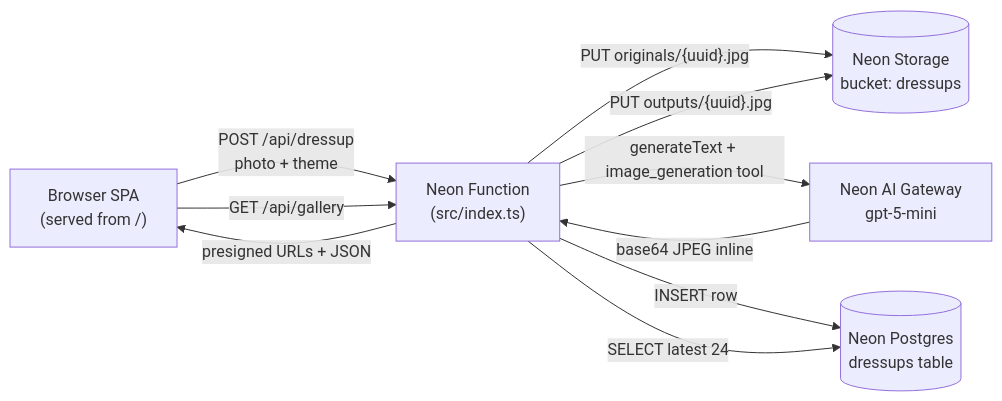
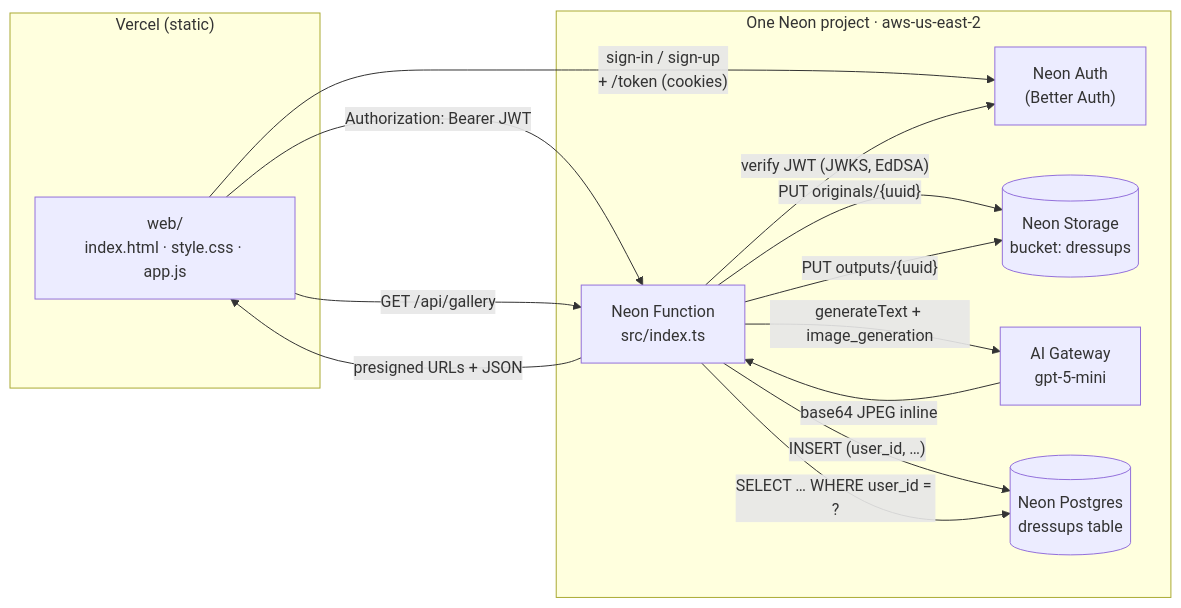
Before and after one commit to sav-maya/doggo-dressup: the diagram in README.md, drawn with Mermaid. The commit also changed other lines of this file, not shown here.

First line of the commit message:
README: document Vercel + Neon Auth architecture

````diff
--- a/README.md
+++ b/README.md
@@ -19,13 +23,25 @@
 ```mermaid
 flowchart LR
-  Browser["Browser SPA<br/>(served from /)"]
-  Browser -->|"POST /api/dressup<br/>photo + theme"| Fn["Neon Function<br/>(src/index.ts)"]
-  Fn -->|"PUT originals/{uuid}.jpg"| Storage[("Neon Storage<br/>bucket: dressups")]
-  Fn -->|"generateText + image_generation tool"| AIG["Neon AI Gateway<br/>gpt-5-mini"]
+  subgraph Vercel["Vercel (static)"]
+    SPA["web/<br/>index.html · style.css · app.js"]
+  end
+  subgraph NeonProject["One Neon project · aws-us-east-2"]
+    AuthSvc["Neon Auth<br/>(Better Auth)"]
+    Fn["Neon Function<br/>src/index.ts"]
+    Storage[("Neon Storage<br/>bucket: dressups")]
+    AIG["AI Gateway<br/>gpt-5-mini"]
+    PG[("Neon Postgres<br/>dressups table")]
+  end
+
+  SPA -->|"sign-in / sign-up<br/>+ /token (cookies)"| AuthSvc
+  SPA -->|"Authorization: Bearer JWT"| Fn
+  Fn -->|"verify JWT (JWKS, EdDSA)"| AuthSvc
+  Fn -->|"PUT originals/{uuid}"| Storage
+  Fn -->|"generateText + image_generation"| AIG
   AIG -->|"base64 JPEG inline"| Fn
-  Fn -->|"PUT outputs/{uuid}.jpg"| Storage
-  Fn -->|"INSERT row"| PG[("Neon Postgres<br/>dressups table")]
-  Fn -->|"presigned URLs + JSON"| Browser
-  Browser -->|"GET /api/gallery"| Fn
-  Fn -->|"SELECT latest 24"| PG
+  Fn -->|"PUT outputs/{uuid}"| Storage
+  Fn -->|"INSERT (user_id, …)"| PG
+  Fn -->|"presigned URLs + JSON"| SPA
+  SPA -->|"GET /api/gallery"| Fn
+  Fn -->|"SELECT … WHERE user_id = ?"| PG
 ```
````
